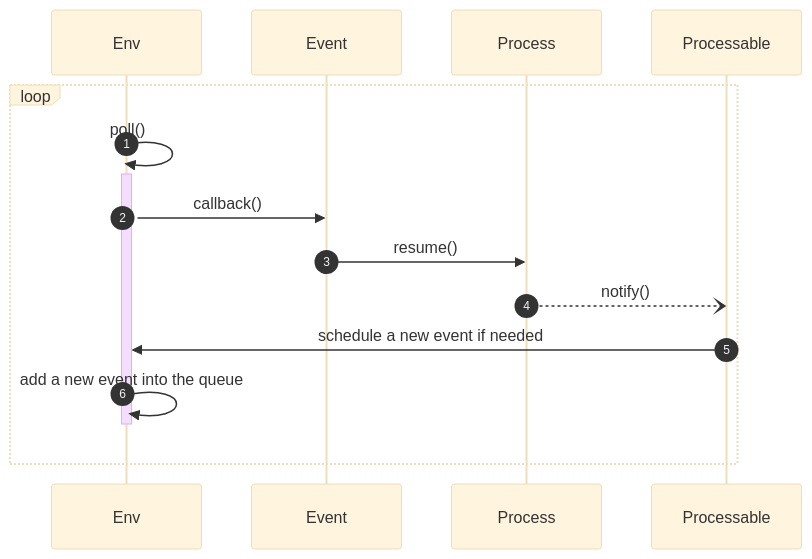
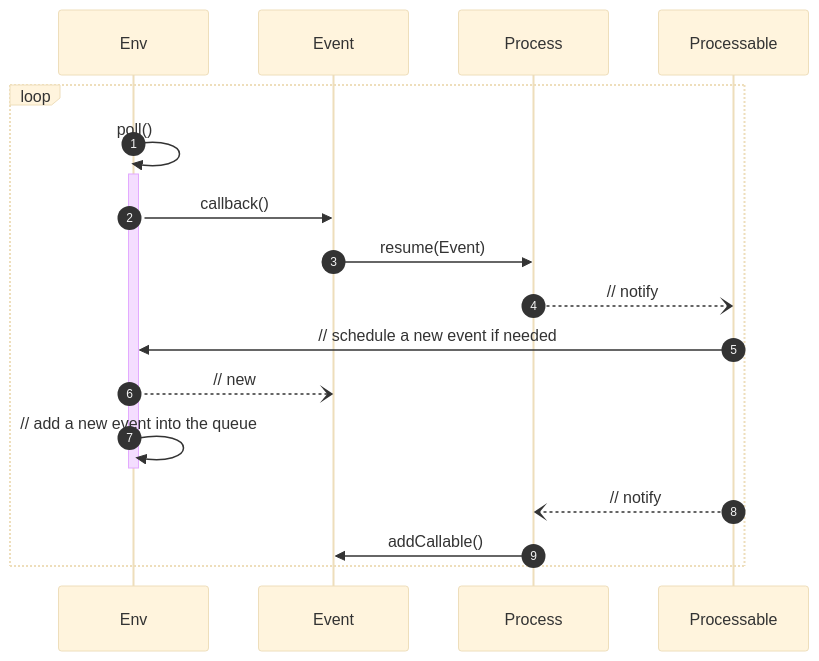
The tenth of 11 diagrams in README.md (uia4j/uia-sim), drawn with Mermaid (base theme) before and after one commit. The commit also changed other lines of this file, not shown here.

````diff
--- a/README.md
+++ b/README.md
@@ -258,12 +258,15 @@
     ```mermaid
     sequenceDiagram
         autonumber
         loop
             Env ->> +Env: poll()
             Env ->> Event: callback()
-            Event ->> Process: resume()
-            Process --) Processable: notify()
-            Processable ->> Env: schedule a new event if needed
-            Env ->> -Env: add a new event into the queue
+            Event ->> Process: resume(Event)
+            Process --) Processable: // notify
+            Processable ->> Env: // schedule a new event if needed
+            Env --) Event: // new
+            Env ->> -Env: // add a new event into the queue
+            Processable --) Process: // notify
+            Process ->> Event: addCallable()
         end
     ```
````
